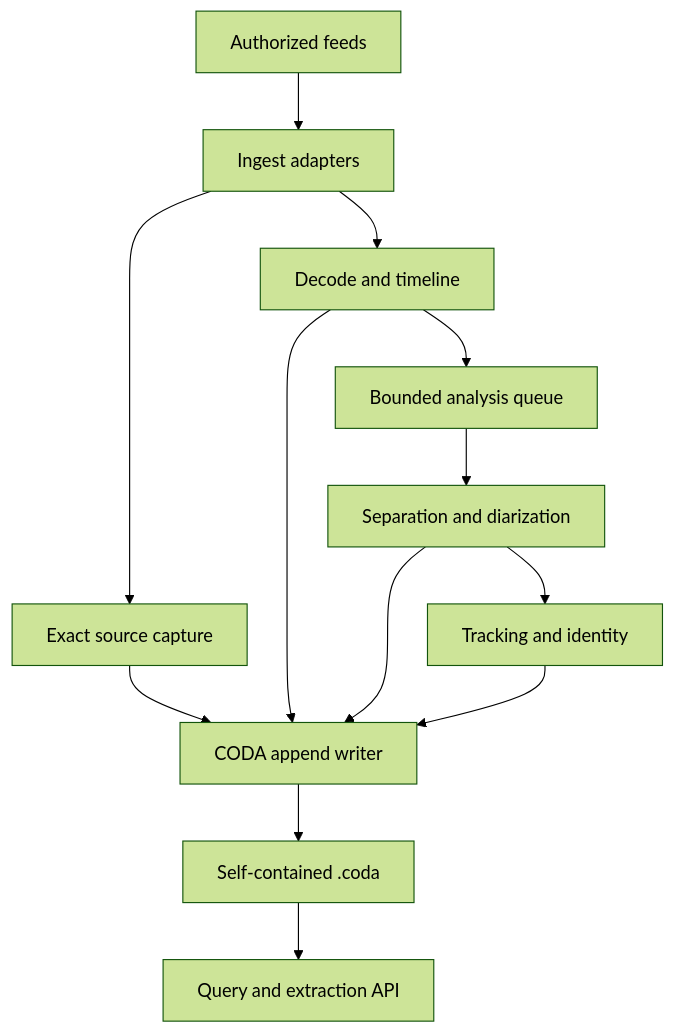
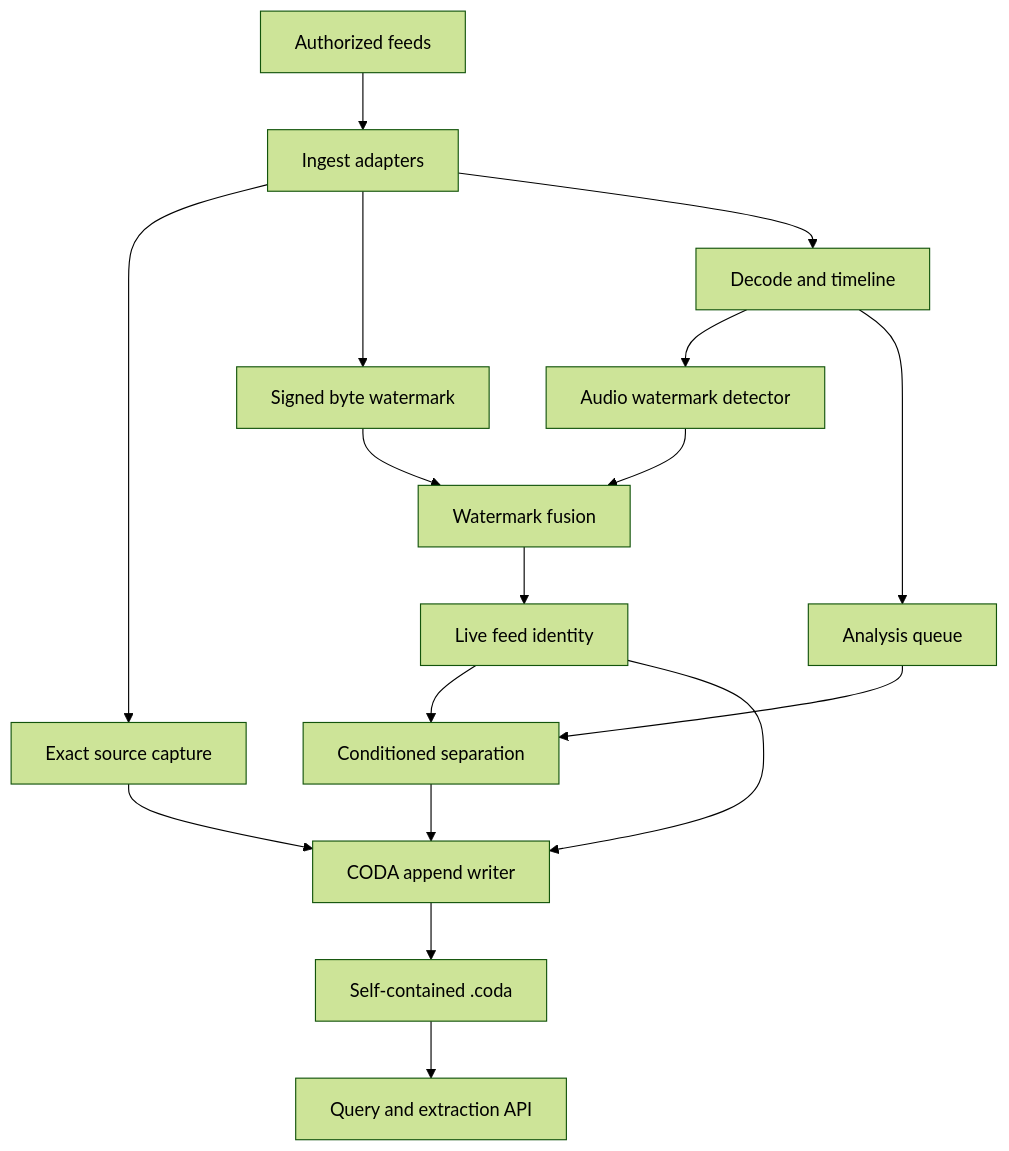
The first of 3 diagrams in README.md (jordanlegare/codec), drawn with Mermaid (forest theme) before and after one commit. The commit also changed other lines of this file, not shown here.

Commit message:
Specify live feed watermark identity

```diff
--- a/README.md
+++ b/README.md
@@ -84,15 +95,19 @@
 ~~~mermaid
 flowchart TD
     A["Authorized feeds"] --> B["Ingest adapters"]
     B --> C["Exact source capture"]
-    B --> D["Decode and timeline"]
-    C --> E["CODA append writer"]
-    D --> E
-    D --> F["Bounded analysis queue"]
-    F --> G["Separation and diarization"]
-    G --> H["Tracking and identity"]
-    G --> E
-    H --> E
-    E --> I["Self-contained .coda"]
-    I --> J["Query and extraction API"]
+    B --> D["Signed byte watermark"]
+    B --> E["Decode and timeline"]
+    D --> F["Watermark fusion"]
+    E --> G["Audio watermark detector"]
+    G --> F
+    E --> H["Analysis queue"]
+    F --> I["Live feed identity"]
+    H --> J["Conditioned separation"]
+    I --> J
+    C --> K["CODA append writer"]
+    I --> K
+    J --> K
+    K --> L["Self-contained .coda"]
+    L --> M["Query and extraction API"]
 ~~~
```
